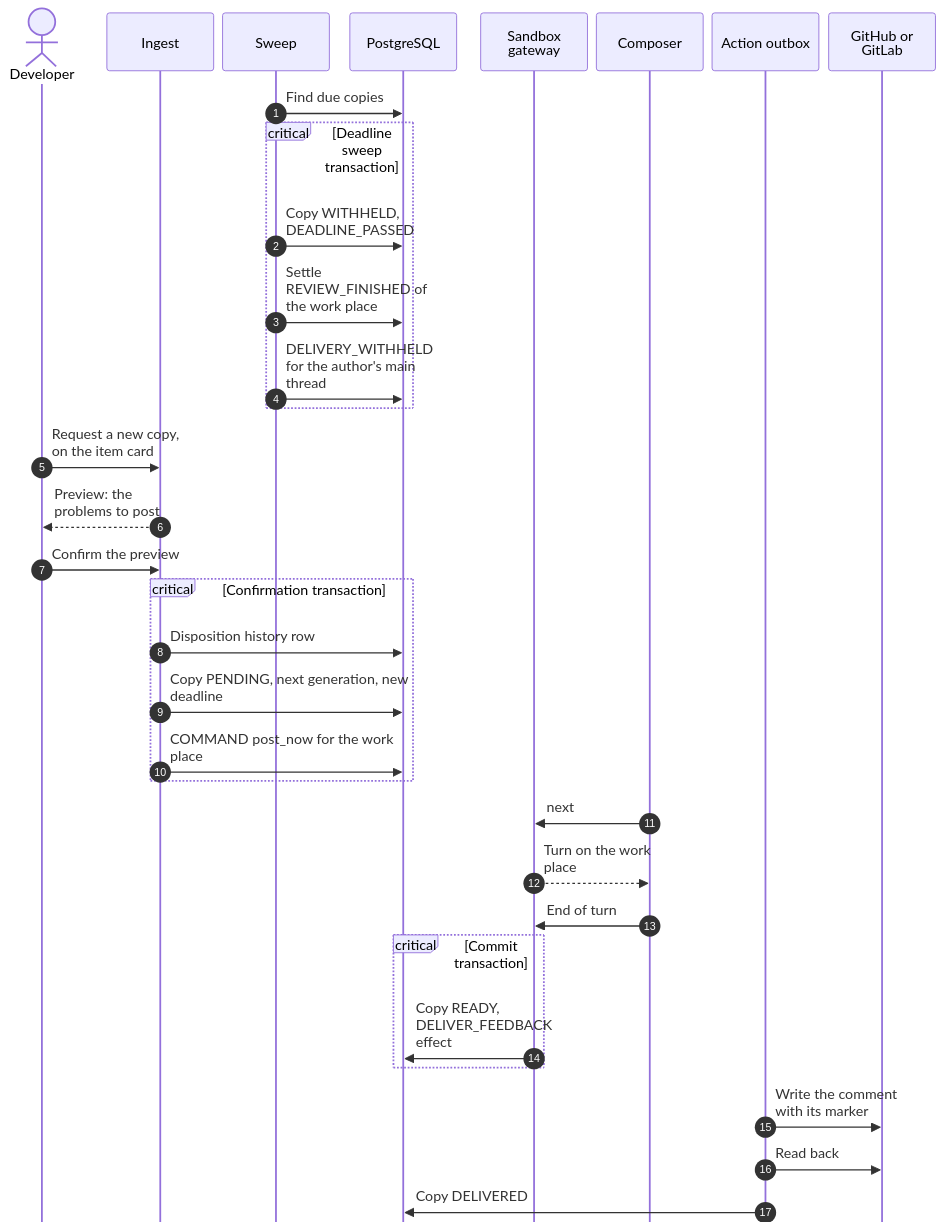
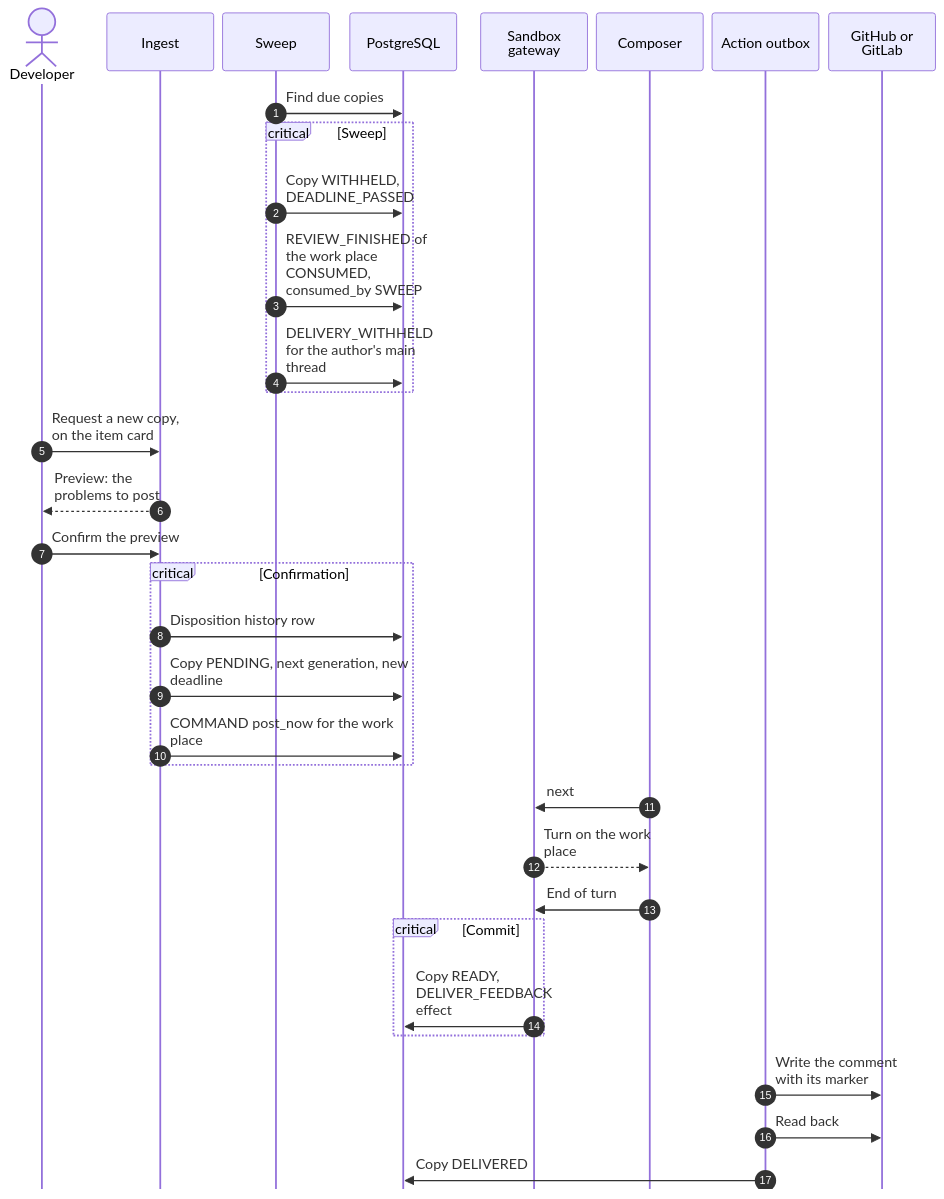
The eighth of 9 diagrams in docs/contributor/conversation-core.mdx (hephaestus-build/Hephaestus), drawn with Mermaid before and after one commit. The commit also changed other lines of this file, not shown here.

First line of the commit message:
docs: a required inbox item ends consumed, and fragment titles fit one line

````diff
--- a/docs/contributor/conversation-core.mdx
+++ b/docs/contributor/conversation-core.mdx
@@ -554,46 +561,46 @@
 ```mermaid
 ---
 config:
   sequence:
     actorMargin: 10
     width: 120
     wrap: true
     messageAlign: left
     mirrorActors: false
 ---
 sequenceDiagram
     accTitle: The deadline withholds a copy, and the person requests a new one
-    accDescr: No composer turn committed before the deadline. The sweep withholds the copy with DEADLINE_PASSED, settles the work place item and inserts DELIVERY_WITHHELD for the author's main thread. On the item card, the developer selects Request a new copy and confirms the preview. Ingest records the old disposition, moves the copy to PENDING with the next generation and a new deadline, and inserts a COMMAND item for the work place. A composer turn commits a fresh copy through the sandbox gateway, and the action outbox delivers it.
+    accDescr: No composer turn committed before the deadline. The sweep withholds the copy with DEADLINE_PASSED, consumes the work place item as the sweep and inserts DELIVERY_WITHHELD for the author's main thread. On the item card, the developer selects Request a new copy and confirms the preview. Ingest records the old disposition, moves the copy to PENDING with the next generation and a new deadline, and inserts a COMMAND item for the work place. A composer turn commits a fresh copy through the sandbox gateway, and the action outbox delivers it.
     autonumber
     actor D as Developer
     participant I as Ingest
     participant SW as Sweep
     participant DB as PostgreSQL
     participant G as Sandbox gateway
     participant C as Composer
     participant O as Action outbox
     participant W as GitHub or GitLab
     SW->>DB: Find due copies
-    critical Deadline sweep transaction
+    critical Sweep
         SW->>DB: Copy WITHHELD, DEADLINE_PASSED
-        SW->>DB: Settle REVIEW_FINISHED of the work place
+        SW->>DB: REVIEW_FINISHED of the work place CONSUMED, consumed_by SWEEP
         SW->>DB: DELIVERY_WITHHELD for the author's main thread
     end
     D->>I: Request a new copy, on the item card
     I-->>D: Preview: the problems to post
     D->>I: Confirm the preview
-    critical Confirmation transaction
+    critical Confirmation
         I->>DB: Disposition history row
         I->>DB: Copy PENDING, next generation, new deadline
         I->>DB: COMMAND post_now for the work place
     end
     C->>G: next
     G-->>C: Turn on the work place
     C->>G: End of turn
-    critical Commit transaction
+    critical Commit
         G->>DB: Copy READY, DELIVER_FEEDBACK effect
     end
     O->>W: Write the comment with its marker
     O->>W: Read back
     O->>DB: Copy DELIVERED
 ```
````
